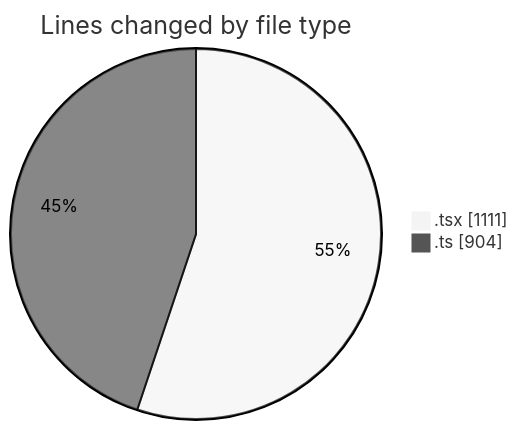
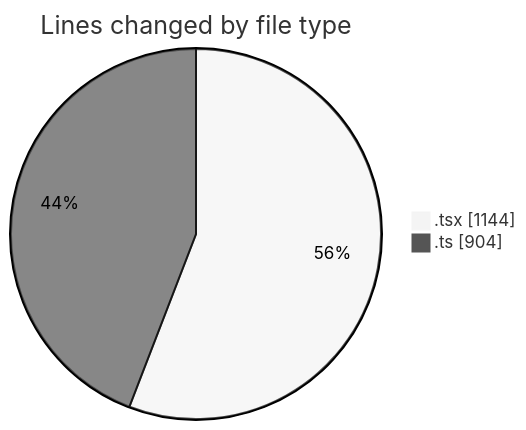
The first of 2 diagrams in 2025-07-11/ribbon/README.md (EIIisD/code-tracking), drawn with Mermaid (neutral theme) before and after one commit. The commit also changed other lines of this file and 1 other file, not shown here.

````diff
--- a/2025-07-11/ribbon/README.md
+++ b/2025-07-11/ribbon/README.md
@@ -30,6 +30,6 @@
 ```mermaid
 pie showData
 title Lines changed by file type
-".tsx" : 1111
+".tsx" : 1144
 ".ts" : 904
 ```
````
